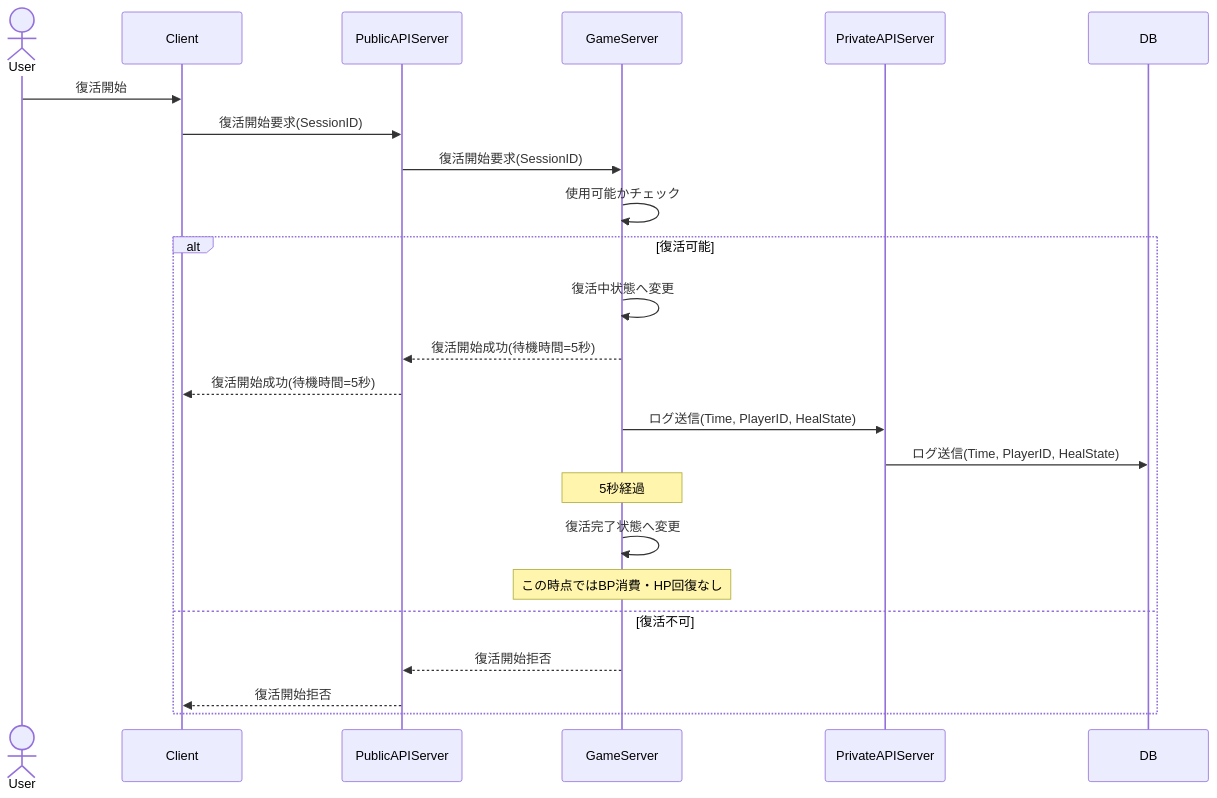
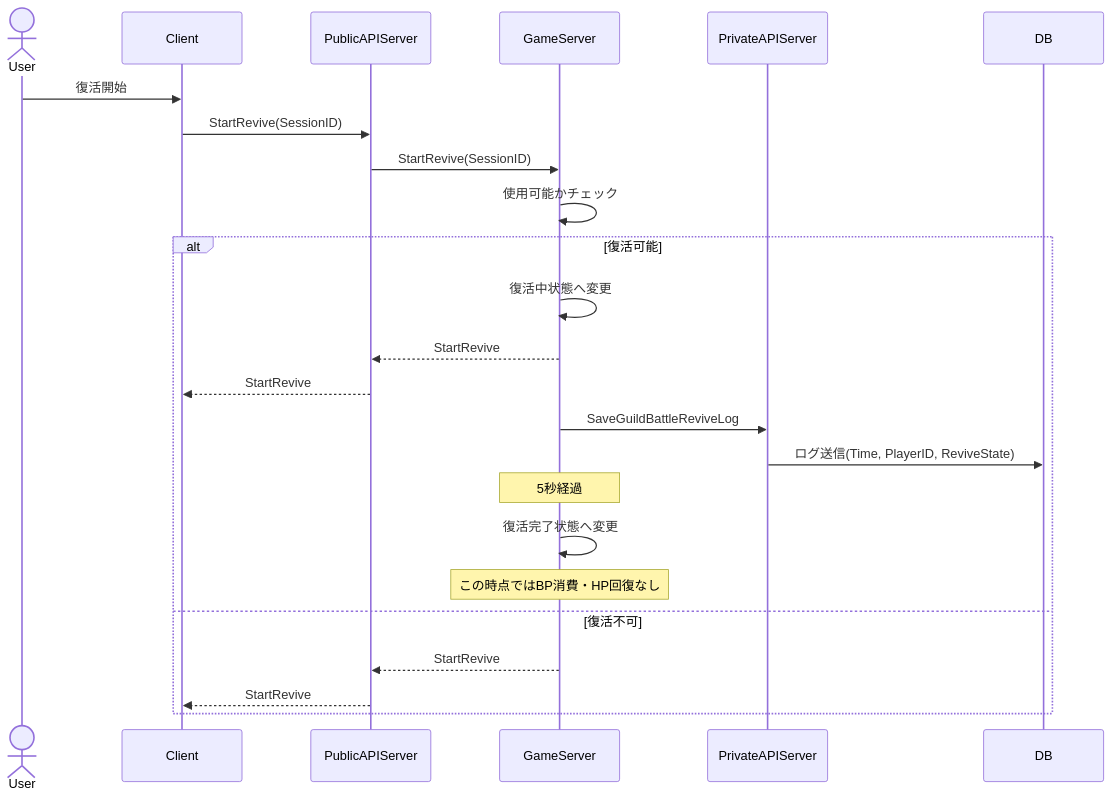
Before and after one commit to ReHydrangeaOdyssey/Specifications: diagram 14 of 17 in guild_battle.md, drawn with Mermaid. The commit also changed other lines of this file and 15 other files, not shown here.

````diff
--- a/guild_battle.md
+++ b/guild_battle.md
@@ -880,32 +900,32 @@
 ```mermaid
 sequenceDiagram
     actor User
     participant Client
     participant PublicAPIServer
     participant GameServer
     participant PrivateAPIServer
     participant DB
 
     User->>Client: 復活開始
-    Client->>PublicAPIServer: 復活開始要求(SessionID)
-    PublicAPIServer->>GameServer: 復活開始要求(SessionID)
+    Client->>PublicAPIServer: StartRevive(SessionID)
+    PublicAPIServer->>GameServer: StartRevive(SessionID)
 
     GameServer->>GameServer: 使用可能かチェック
 
     alt 復活可能
         GameServer->>GameServer: 復活中状態へ変更
-        GameServer-->>PublicAPIServer: 復活開始成功(待機時間=5秒)
-        PublicAPIServer-->>Client: 復活開始成功(待機時間=5秒)
+        GameServer-->>PublicAPIServer: StartRevive
+        PublicAPIServer-->>Client: StartRevive
 
-        GameServer ->> PrivateAPIServer: ログ送信(Time, PlayerID, HealState)
-        PrivateAPIServer ->> DB: ログ送信(Time, PlayerID, HealState)
+        GameServer ->> PrivateAPIServer: SaveGuildBattleReviveLog
+        PrivateAPIServer ->> DB: ログ送信(Time, PlayerID, ReviveState)
 
         Note over GameServer: 5秒経過
 
         GameServer->>GameServer: 復活完了状態へ変更
         Note over GameServer: この時点ではBP消費・HP回復なし
     else 復活不可
-        GameServer-->>PublicAPIServer: 復活開始拒否
-        PublicAPIServer-->>Client: 復活開始拒否
+        GameServer-->>PublicAPIServer: StartRevive
+        PublicAPIServer-->>Client: StartRevive
     end
 ```
````
